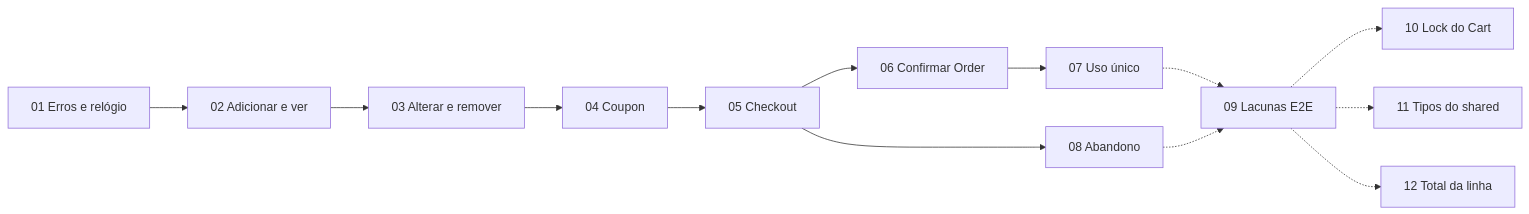
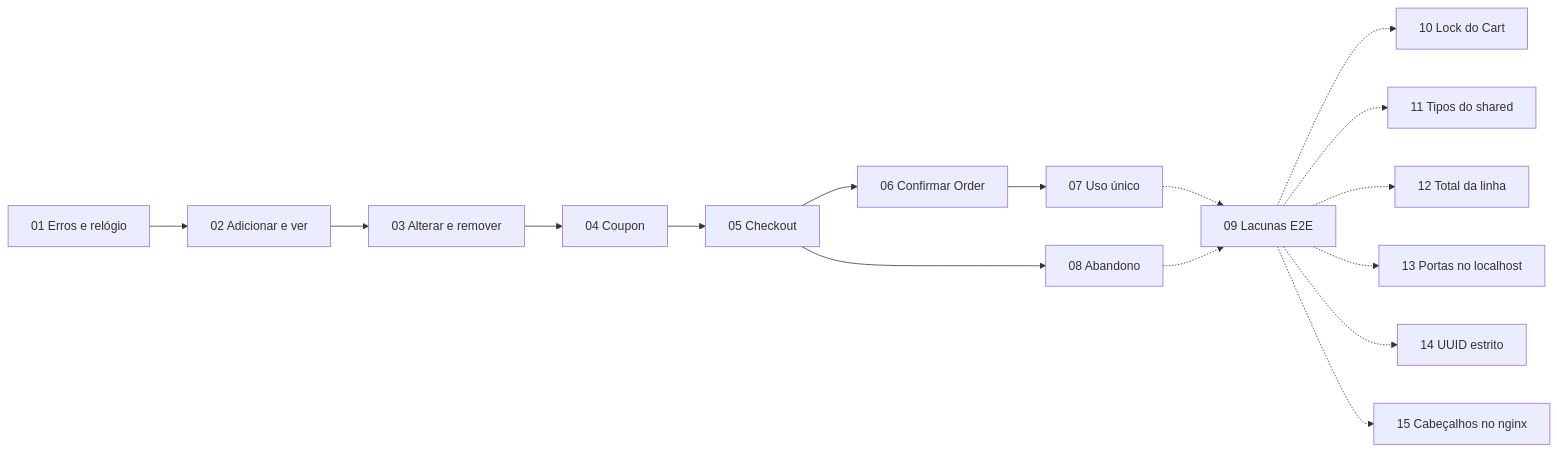
The diagram in docs/carrinho/blueprint-carrinho.md (jvmdo/aigile-ecommerce), drawn with Mermaid before and after one commit. The commit also changed other lines of this file and 3 other files, not shown here.

````diff
--- a/docs/carrinho/blueprint-carrinho.md
+++ b/docs/carrinho/blueprint-carrinho.md
@@ -24,15 +27,18 @@
 ```mermaid
 graph LR
     T01[01 Erros e relógio] --> T02[02 Adicionar e ver]
     T02 --> T03[03 Alterar e remover]
     T03 --> T04[04 Coupon]
     T04 --> T05[05 Checkout]
     T05 --> T06[06 Confirmar Order]
     T06 --> T07[07 Uso único]
     T05 --> T08[08 Abandono]
     T07 -.-> T09[09 Lacunas E2E]
     T09 -.-> T10[10 Lock do Cart]
     T09 -.-> T11[11 Tipos do shared]
     T09 -.-> T12[12 Total da linha]
+    T09 -.-> T13[13 Portas no localhost]
+    T09 -.-> T14[14 UUID estrito]
+    T09 -.-> T15[15 Cabeçalhos no nginx]
     T08 -.-> T09
 ```
````
